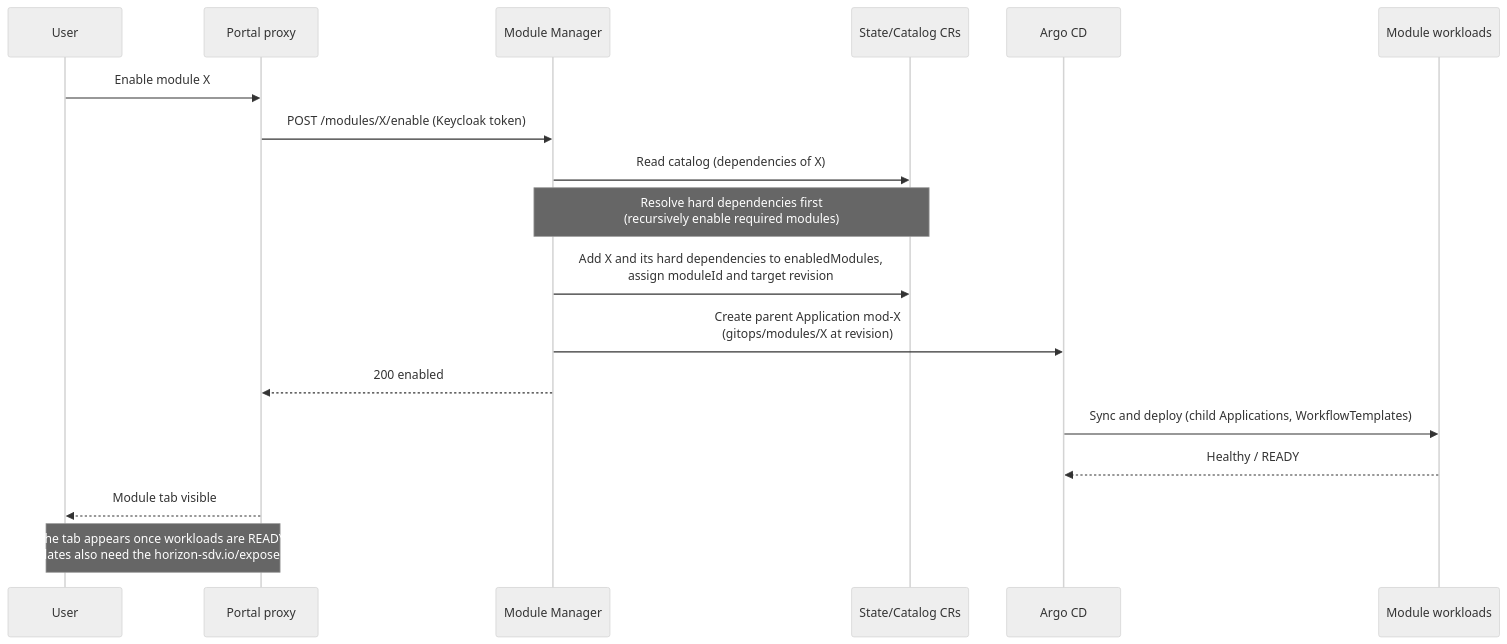
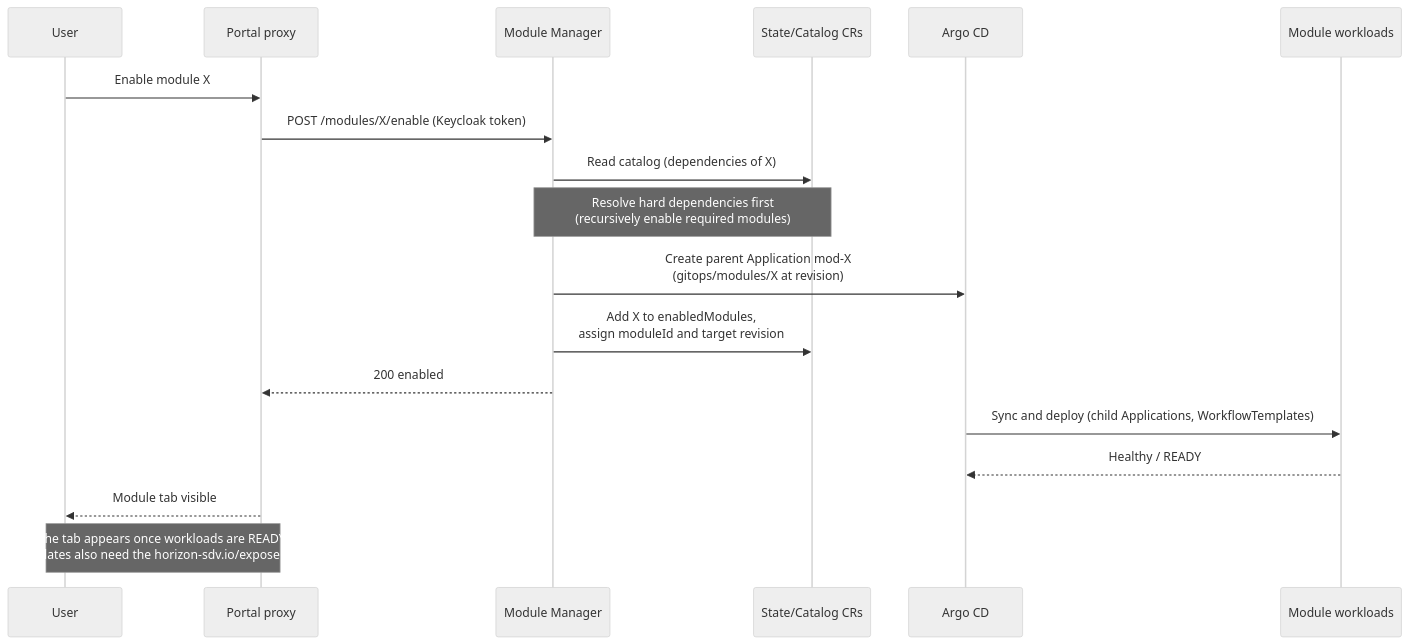
Before and after one commit to GoogleCloudPlatform/horizon-sdv: the second of 6 diagrams in docs/architecture/04_module-architecture.md, drawn with Mermaid (neutral theme). The commit also changed other lines of this file and 5 other files, not shown here.

````diff
--- a/docs/architecture/04_module-architecture.md
+++ b/docs/architecture/04_module-architecture.md
@@ -98,21 +98,21 @@
 ```mermaid
 sequenceDiagram
     participant User
     participant Proxy as Portal proxy
     participant MM as Module Manager
     participant CRs as State/Catalog CRs
     participant ArgoCD as Argo CD
     participant WL as Module workloads
 
     User->>Proxy: Enable module X
     Proxy->>MM: POST /modules/X/enable (Keycloak token)
     MM->>CRs: Read catalog (dependencies of X)
     Note over MM,CRs: Resolve hard dependencies first<br/>(recursively enable required modules)
-    MM->>CRs: Add X and its hard dependencies to enabledModules,<br/>assign moduleId and target revision
     MM->>ArgoCD: Create parent Application mod-X<br/>(gitops/modules/X at revision)
+    MM->>CRs: Add X to enabledModules,<br/>assign moduleId and target revision
     MM-->>Proxy: 200 enabled
     ArgoCD->>WL: Sync and deploy (child Applications, WorkflowTemplates)
     WL-->>ArgoCD: Healthy / READY
     Proxy-->>User: Module tab visible
     Note over User,Proxy: The tab appears once workloads are READY.<br/>Templates also need the horizon-sdv.io/expose label.
 ```
````
